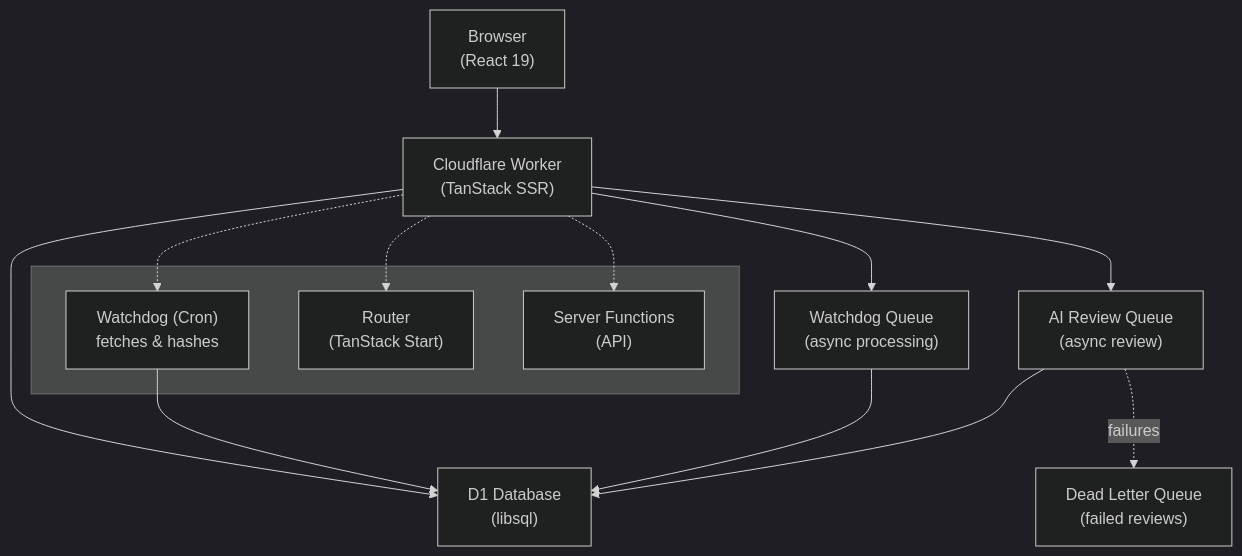
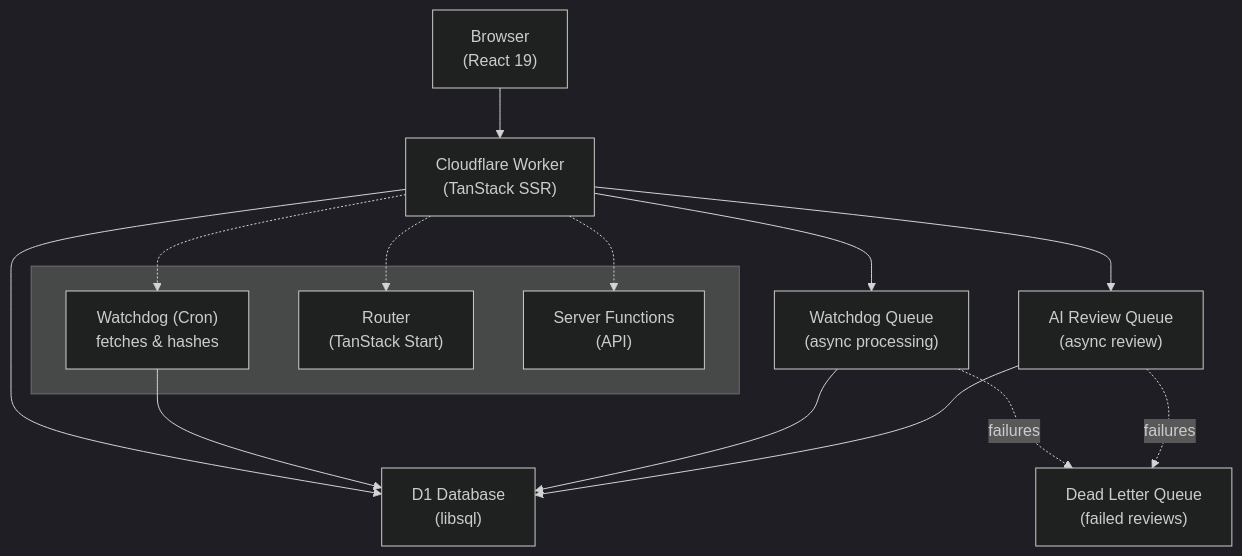
One commit to lynicis/PrivacyGPT changed the diagram in README.md. Above: the diagram before and after it, drawn with Mermaid (dark theme).

Commit message:
docs: update flow chart on readme

````diff
--- a/README.md
+++ b/README.md
@@ -43,29 +43,30 @@
 ```mermaid
 flowchart TD
     Browser["Browser\n(React 19)"]
     Worker["Cloudflare Worker\n(TanStack SSR)"]
     D1["D1 Database\n(libsql)"]
     Watchdog["Watchdog (Cron)\nfetches & diffs"]
     WatchdogQueue["Watchdog Queue\n(async processing)"]
     AIReviewQueue["AI Review Queue\n(async review)"]
     DLQ["Dead Letter Queue\n(failed reviews)"]
 
     Browser --> Worker
     Worker --> D1
 
     subgraph WorkerInternal [" "]
         Router["Router\n(TanStack Start)"]
         ServerFns["Server Functions\n(API)"]
         Watchdog["Watchdog (Cron)\nfetches & hashes"]
     end
     Worker -.-> Router
     Worker -.-> ServerFns
     Worker -.-> Watchdog
 
     Worker --> WatchdogQueue
     Worker --> AIReviewQueue
     Watchdog --> D1
     WatchdogQueue --> D1
+    WatchdogQueue -.->|failures| DLQ
     AIReviewQueue --> D1
     AIReviewQueue -.->|failures| DLQ
 ```
````
